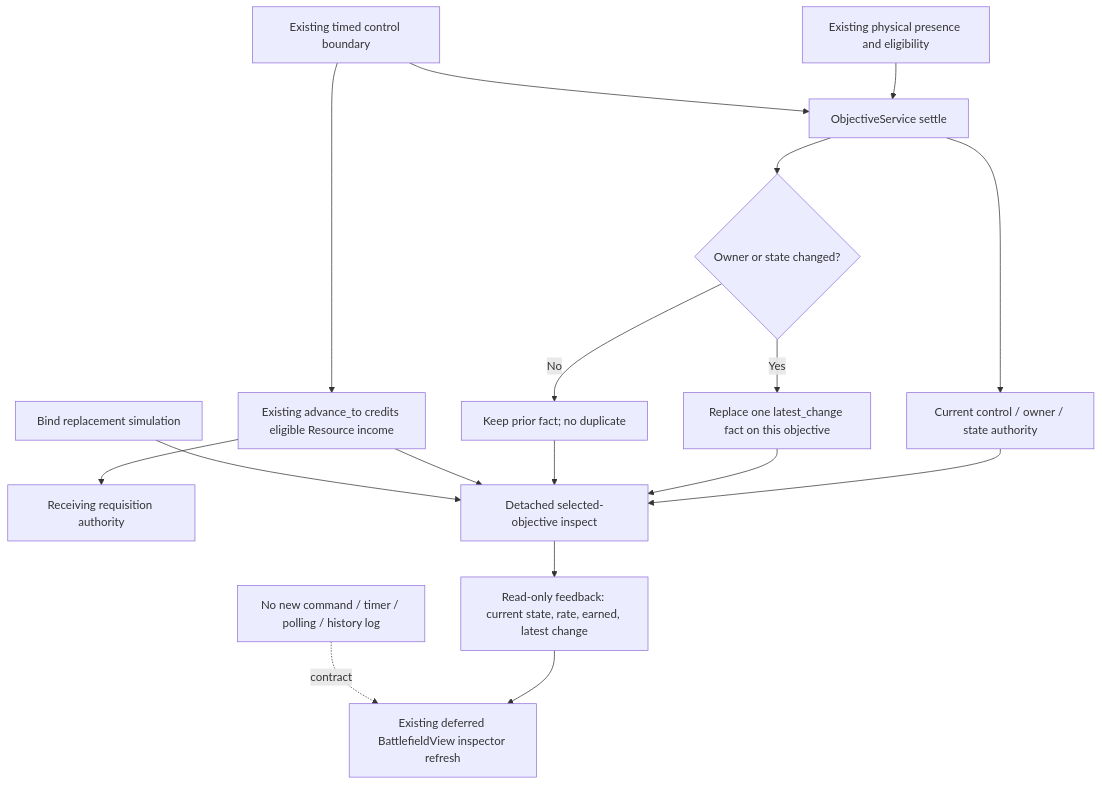
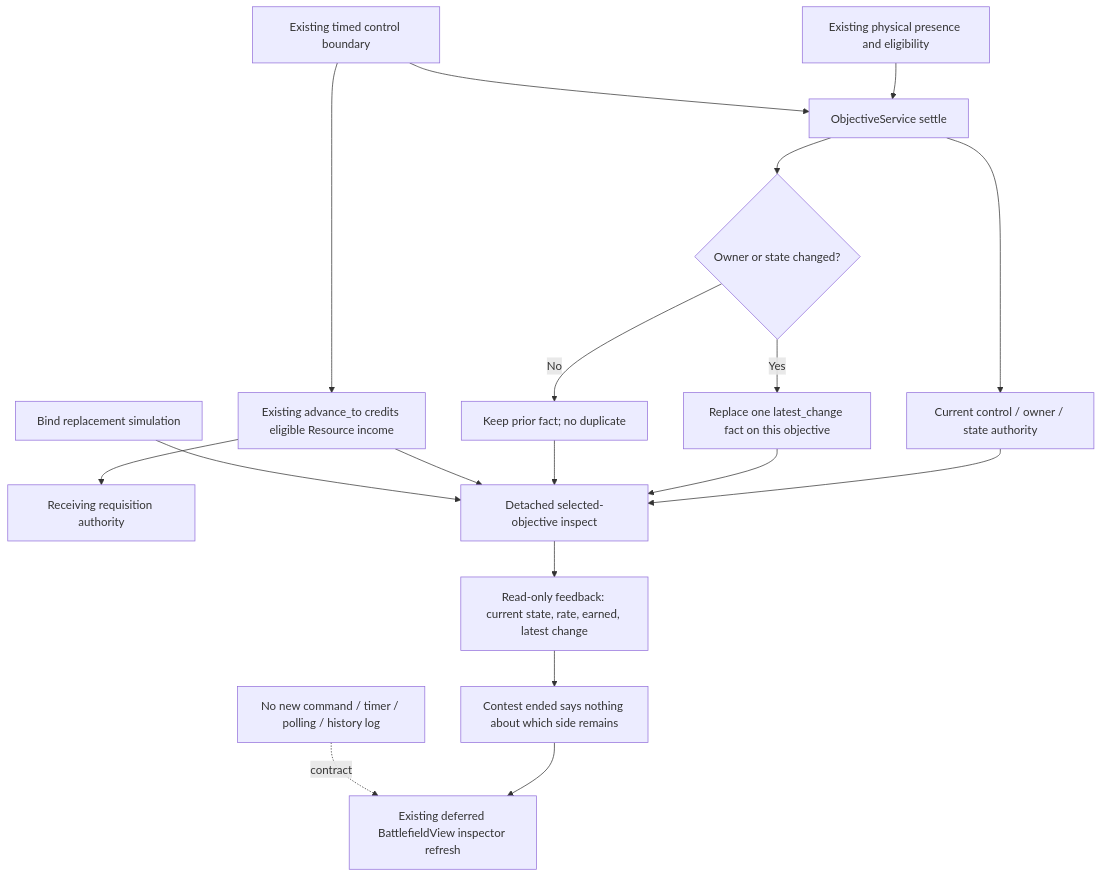
One commit to TheInfinityIQ/Trencho_V4 changed the diagram in docs/diagrams/objective_feedback.mmd. Above: the diagram before and after it, drawn with Mermaid. The commit also changed 5 other files, not shown here.

```diff
--- a/docs/diagrams/objective_feedback.mmd
+++ b/docs/diagrams/objective_feedback.mmd
@@ -1,17 +1,18 @@
 flowchart TD
   P[Existing physical presence and eligibility] --> S[ObjectiveService settle]
   T[Existing timed control boundary] --> S
   S --> C{Owner or state changed?}
   C -->|Yes| L[Replace one latest_change fact on this objective]
   C -->|No| I[Keep prior fact; no duplicate]
   T --> A[Existing advance_to credits eligible Resource income]
   A --> R[Receiving requisition authority]
   S --> O[Current control / owner / state authority]
   O --> Q[Detached selected-objective inspect]
   L --> Q
   I --> Q
   A --> Q
   Q --> F[Read-only feedback: current state, rate, earned, latest change]
-  F --> V[Existing deferred BattlefieldView inspector refresh]
+  F --> E[Contest ended says nothing about which side remains]
+  E --> V[Existing deferred BattlefieldView inspector refresh]
   B[Bind replacement simulation] --> Q
   N[No new command / timer / polling / history log] -. contract .-> V
```
